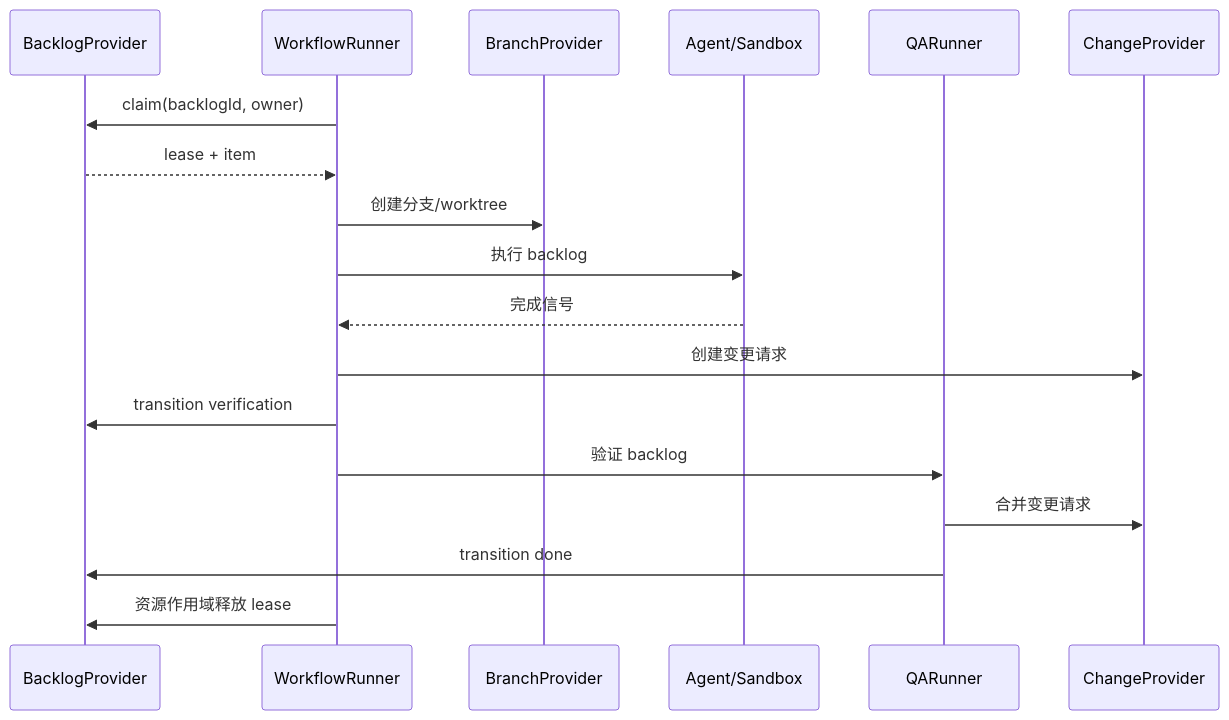
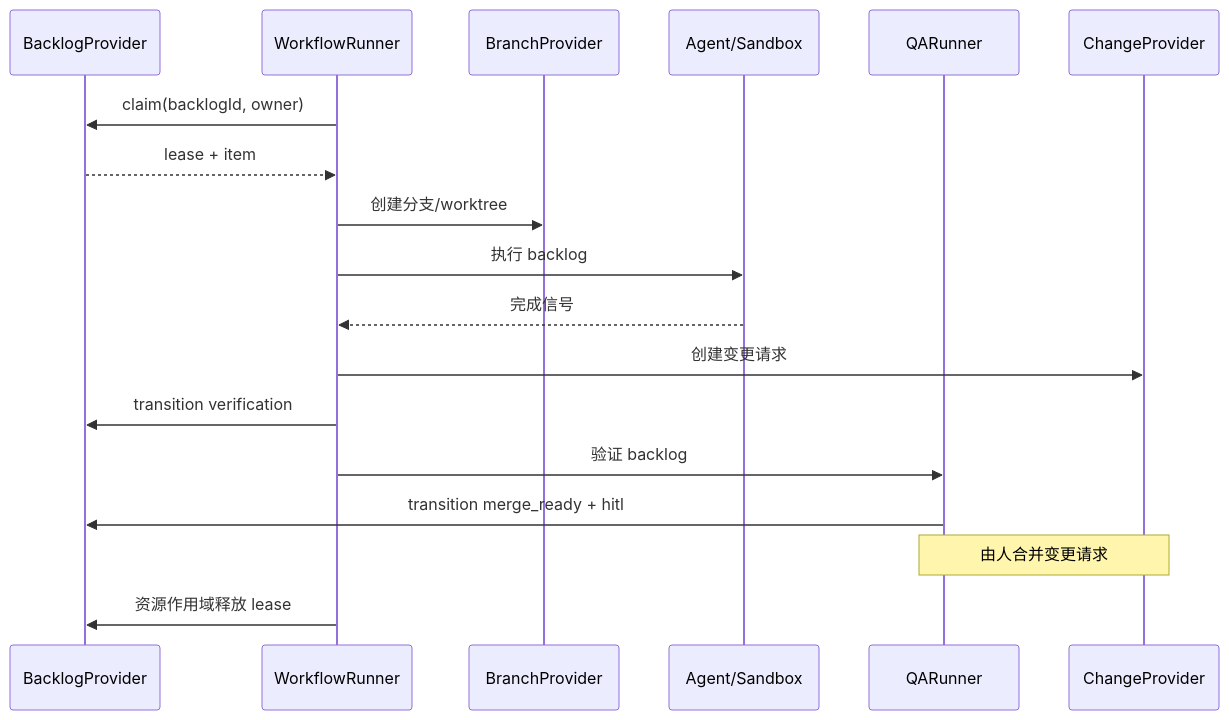
One commit to easyhaloo/afk changed the diagram in docs/architecture/overview.zh.md. Above: the diagram before and after it, drawn with Mermaid. The commit also changed other lines of this file and 9 other files, not shown here.

````diff
--- a/docs/architecture/overview.zh.md
+++ b/docs/architecture/overview.zh.md
@@ -466,21 +487,21 @@
 ```mermaid
 sequenceDiagram
     participant P as BacklogProvider
     participant R as WorkflowRunner
     participant B as BranchProvider
     participant A as Agent/Sandbox
     participant Q as QARunner
     participant C as ChangeProvider
 
     R->>P: claim(backlogId, owner)
     P-->>R: lease + item
     R->>B: 创建分支/worktree
     R->>A: 执行 backlog
     A-->>R: 完成信号
     R->>C: 创建变更请求
     R->>P: transition verification
     R->>Q: 验证 backlog
-    Q->>C: 合并变更请求
-    Q->>P: transition done
+    Q->>P: transition merge_ready + hitl
+    Note over Q,C: 由人合并变更请求
     R->>P: 资源作用域释放 lease
 ```
````
